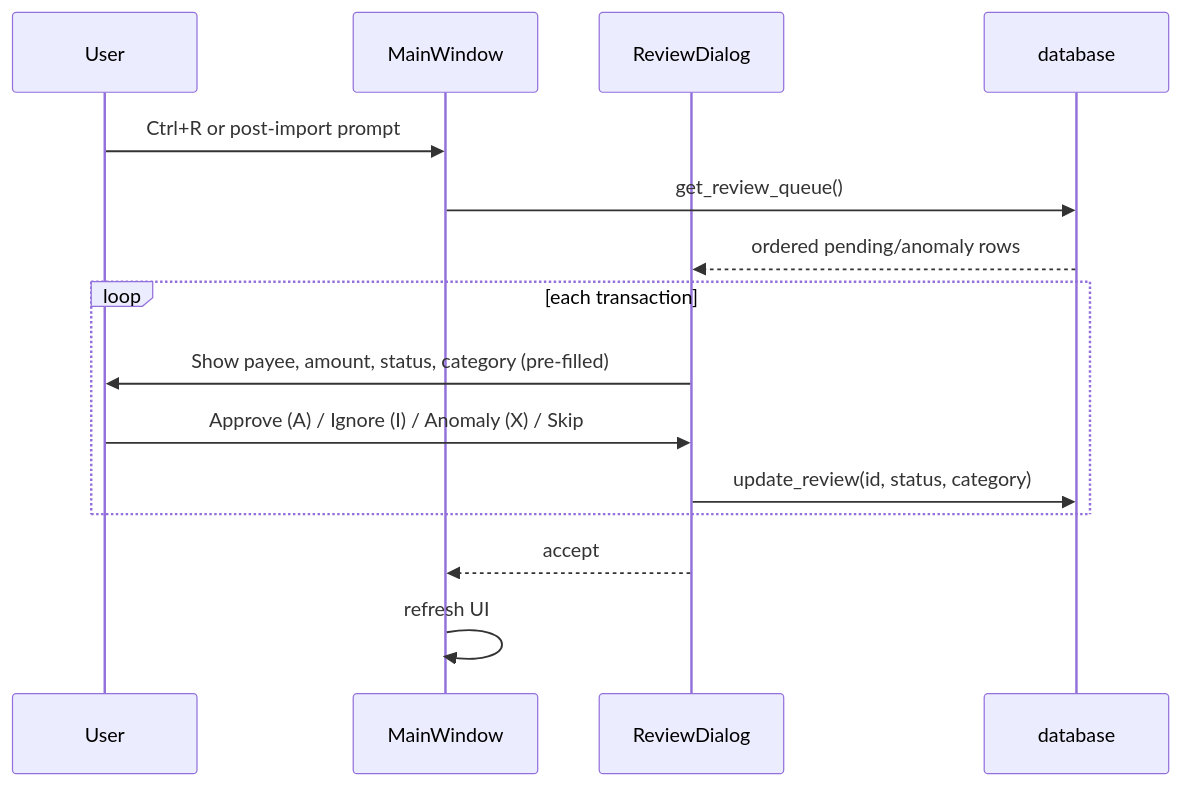
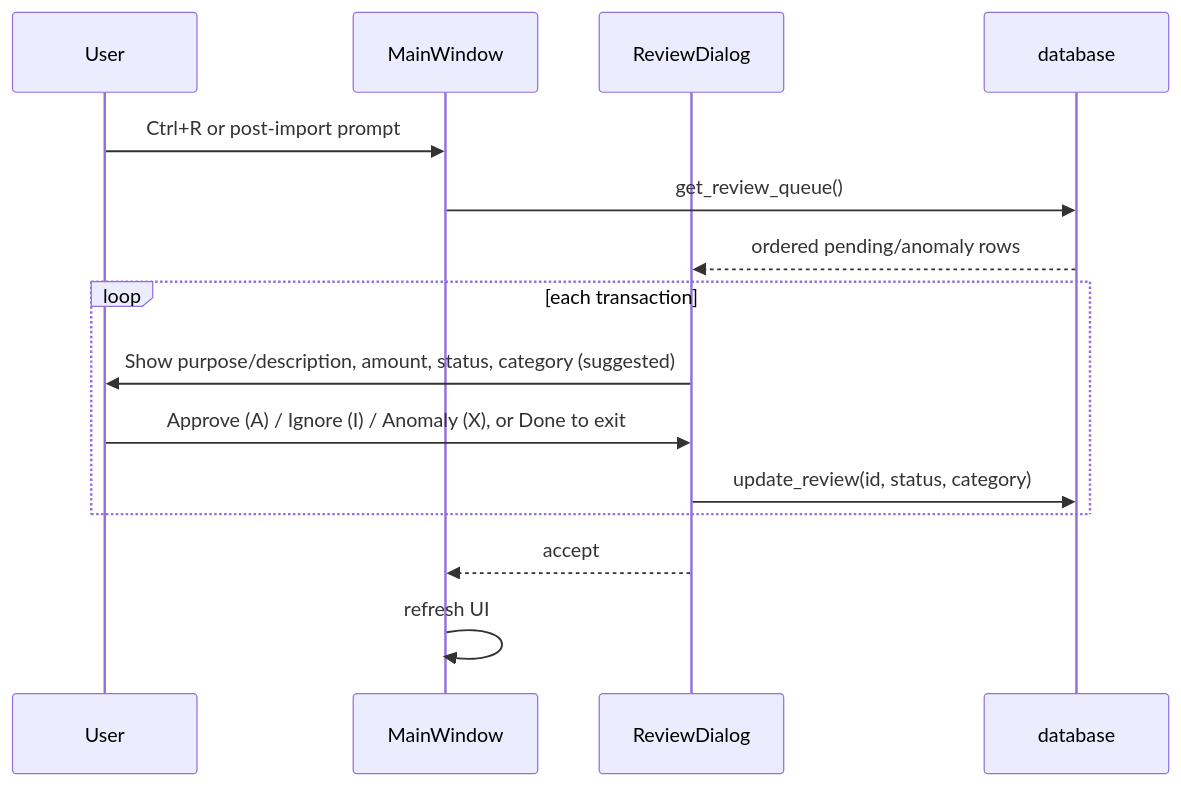
The fifth of 7 diagrams in docs/DEVELOPMENT_SPEC.md (devmarkusb/accounting-anomaly-detector), drawn with Mermaid before and after one commit. The commit also changed other lines of this file and 13 other files, not shown here.

````diff
--- a/docs/DEVELOPMENT_SPEC.md
+++ b/docs/DEVELOPMENT_SPEC.md
@@ -304,18 +304,18 @@
 ```mermaid
 sequenceDiagram
     participant U as User
     participant W as MainWindow
     participant R as ReviewDialog
     participant D as database
 
     U->>W: Ctrl+R or post-import prompt
     W->>D: get_review_queue()
     D-->>R: ordered pending/anomaly rows
     loop each transaction
-        R->>U: Show payee, amount, status, category (pre-filled)
-        U->>R: Approve (A) / Ignore (I) / Anomaly (X) / Skip
+        R->>U: Show purpose/description, amount, status, category (suggested)
+        U->>R: Approve (A) / Ignore (I) / Anomaly (X), or Done to exit
         R->>D: update_review(id, status, category)
     end
     R-->>W: accept
     W->>W: refresh UI
 ```
````
